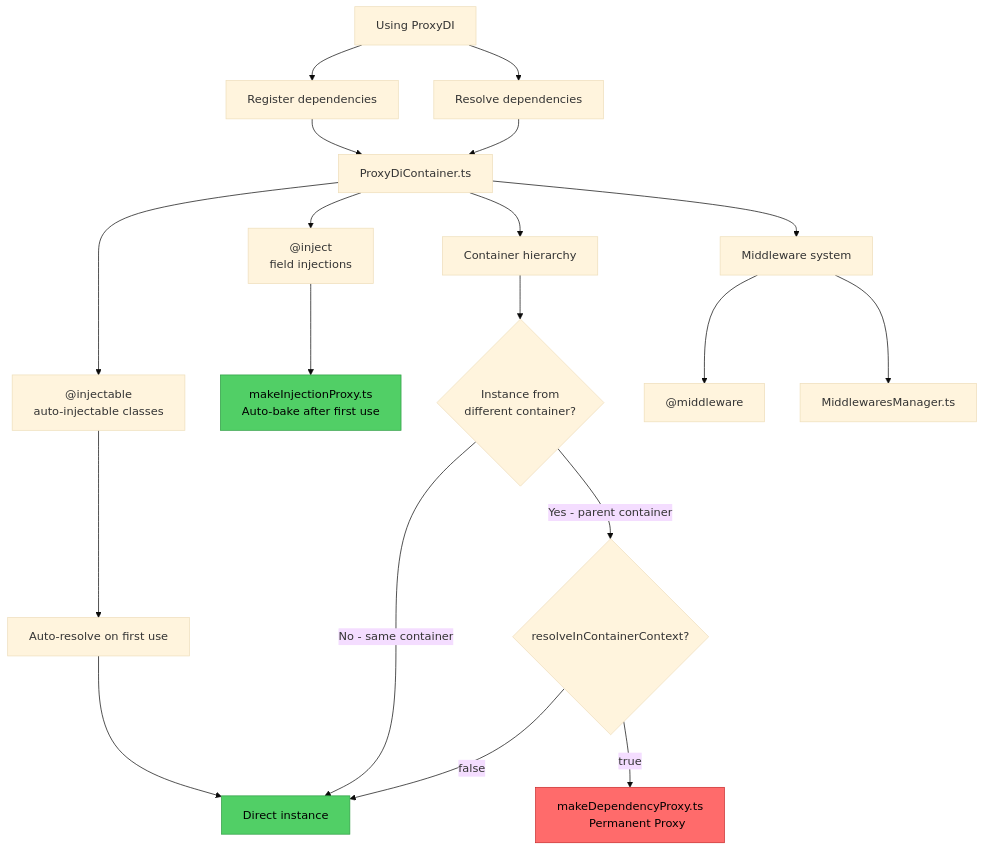
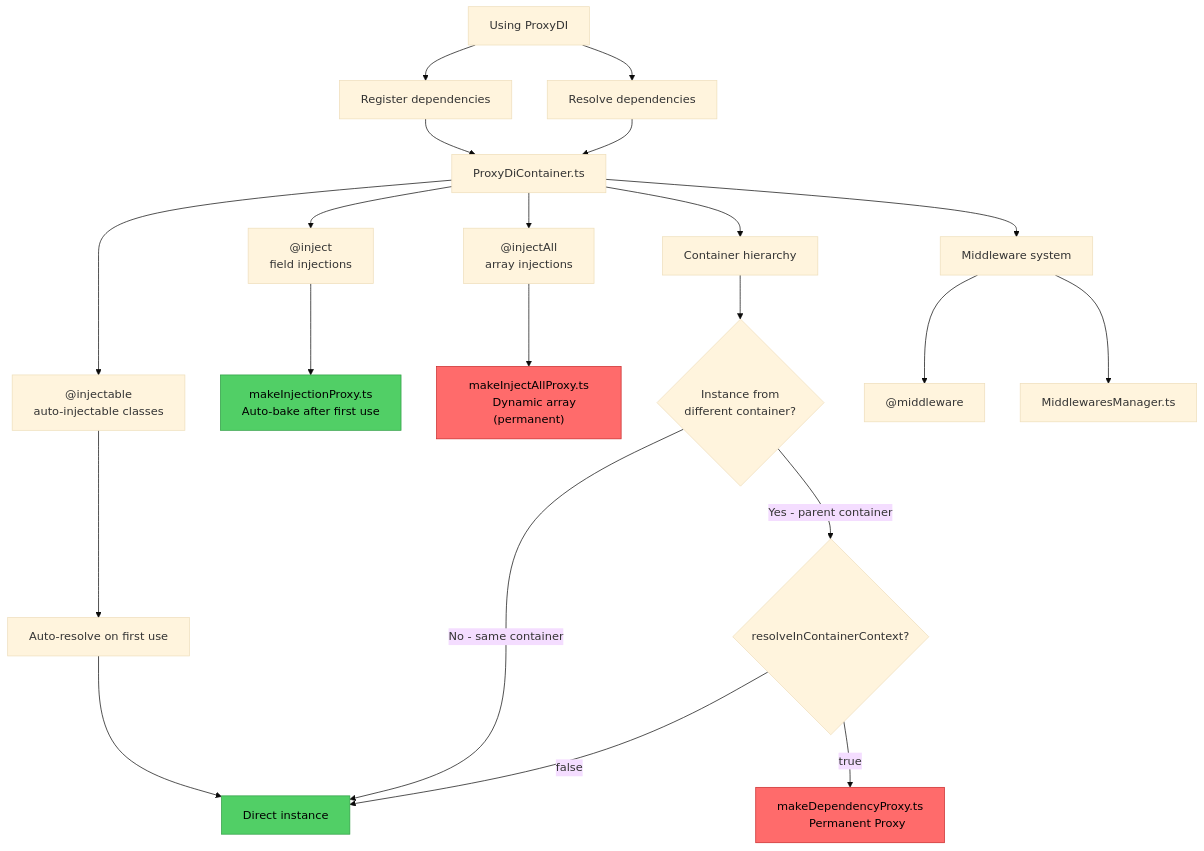
One commit to proxy-di/proxydi changed the diagram in documentation/proxydi.md. Above: the diagram before and after it, drawn with Mermaid (base theme). The commit also changed other lines of this file and 15 other files, not shown here.

Commit message:
@injectAll

````diff
--- a/documentation/proxydi.md
+++ b/documentation/proxydi.md
@@ -38,36 +44,42 @@
 ```mermaid
 graph TB
     User[Using ProxyDI] --> Register[Register dependencies]
     User --> Resolve[Resolve dependencies]
 
     Register --> Container[ProxyDiContainer.ts]
     Resolve --> Container
 
     Container --> Injectable["@injectable
     auto-injectable classes"]
     Container --> Inject["@inject
     field injections"]
+    Container --> InjectAll["@injectAll
+    array injections"]
 
     Injectable --> AutoResolve[Auto-resolve on first use]
     AutoResolve --> DirectInstance[Direct instance]
 
     Inject --> InjectionProxy["makeInjectionProxy.ts
     Auto-bake after first use"]
+
+    InjectAll --> InjectAllProxy["makeInjectAllProxy.ts
+    Dynamic array (permanent)"]
 
     Container --> Hierarchy[Container hierarchy]
     Hierarchy --> CheckOrigin{"Instance from
     different container?"}
     CheckOrigin -->|No - same container| DirectInstance
     CheckOrigin -->|Yes - parent container| ResolveContext{resolveInContainerContext?}
     ResolveContext -->|false| DirectInstance
     ResolveContext -->|true| DependencyProxy["makeDependencyProxy.ts
     Permanent Proxy"]
 
     Container --> Middleware[Middleware system]
     Middleware --> MiddlewareDecorator["@middleware"]
     Middleware --> MiddlewareManager[MiddlewaresManager.ts]
 
     style InjectionProxy fill:#51cf66,stroke:#2f9e44,color:#000
+    style InjectAllProxy fill:#ff6b6b,stroke:#c92a2a,color:#000
     style DependencyProxy fill:#ff6b6b,stroke:#c92a2a,color:#000
     style DirectInstance fill:#51cf66,stroke:#2f9e44,color:#000
 ```
````
